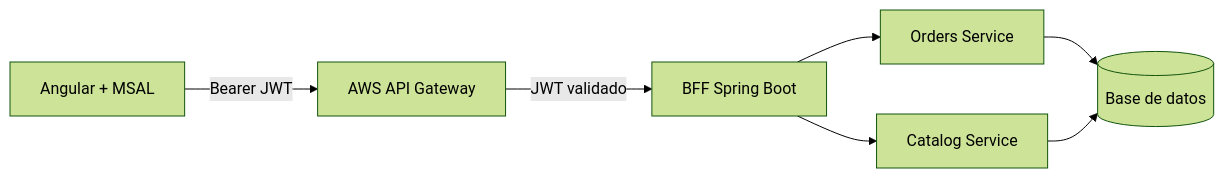
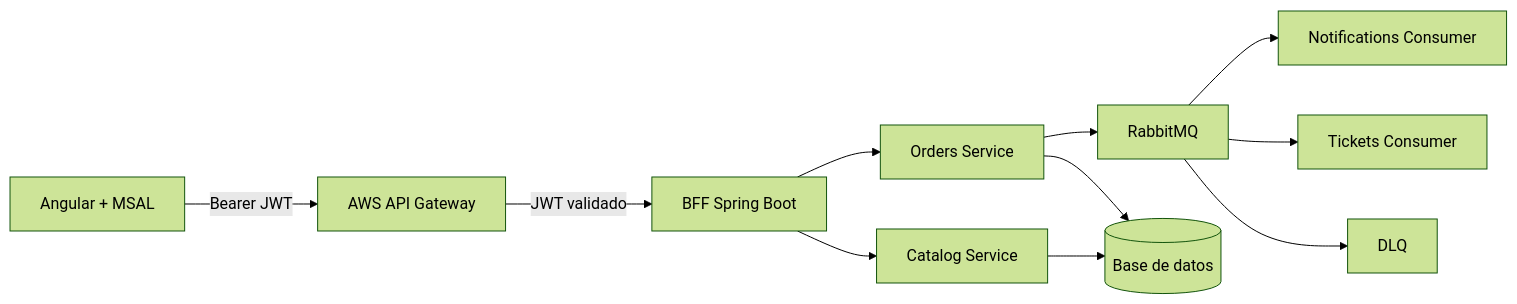
One commit to Mr-Robot-Mss/Pedidos360 changed the diagram in pedidos360-backend/README.md. Above: the diagram before and after it, drawn with Mermaid (forest theme). The commit also changed other lines of this file and 24 other files, not shown here.

````diff
--- a/pedidos360-backend/README.md
+++ b/pedidos360-backend/README.md
@@ -11,9 +12,13 @@
 ```mermaid
 flowchart LR
   A[Angular + MSAL] -->|Bearer JWT| G[AWS API Gateway]
   G -->|JWT validado| B[BFF Spring Boot]
   B --> O[Orders Service]
   B --> C[Catalog Service]
+  O --> R[RabbitMQ]
+  R --> N[Notifications Consumer]
+  R --> T[Tickets Consumer]
+  R --> D[DLQ]
   O --> DB[(Base de datos)]
   C --> DB
 ```
````
